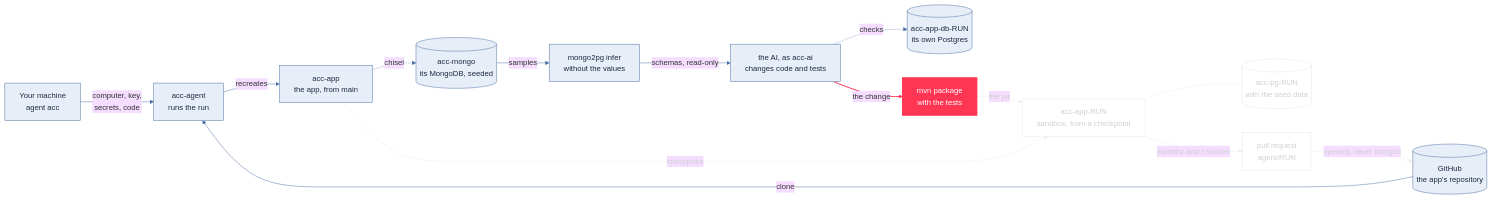
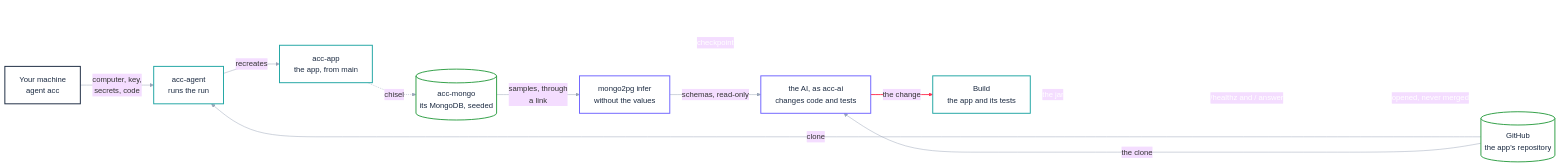
Before and after one commit to bertrandcedric/nevia-agent: diagram 14 of 17 in docs/presentation.md, drawn with Mermaid (base theme). The commit also changed other lines of this file and 7 other files, not shown here.

````diff
--- a/docs/presentation.md
+++ b/docs/presentation.md
@@ -643,47 +937,51 @@
 ```mermaid
 flowchart LR
     you["Your machine<br/>agent acc"]
     agent["acc-agent<br/>runs the run"]
     gh[("GitHub<br/>the app's repository")]
     app["acc-app<br/>the app, from main"]
     mongo[("acc-mongo<br/>its MongoDB, seeded")]
     infer["mongo2pg infer<br/>without the values"]
     ai["the AI, as acc-ai<br/>changes code and tests"]
-    dev[("acc-app-db-RUN<br/>its own Postgres")]
-    build["mvn package<br/>with the tests"]
+    build["Build<br/>the app and its tests"]
     sb["acc-app-RUN<br/>sandbox, from a checkpoint"]
-    sbdb[("acc-pg-RUN<br/>with the seed data")]
-    pr["pull request<br/>agent/RUN"]
+    sbdb[("acc-pg-RUN<br/>the AI's postgres-init")]
+    pr["pull request<br/>from agent/RUN"]
     you -->|"computer, key,<br/>secrets, code"| agent
     gh -->|"clone"| agent
     agent -->|"recreates"| app
     app -.->|"chisel"| mongo
-    mongo -->|"samples"| infer
+    mongo -->|"samples, through<br/>a link"| infer
     infer -->|"schemas, read-only"| ai
-    ai -.->|"checks"| dev
+    gh -->|"the clone"| ai
     ai -->|"the change"| build
     app -->|"checkpoint"| sb
     build -->|"the jar"| sb
     sb --- sbdb
     sb -->|"/healthz and / answer"| pr
     pr -->|"opened, never merged"| gh
-    classDef now fill:#ff3554,stroke:#ff3554,color:#fff,stroke-width:2px
-    classDef done fill:#e8eef7,stroke:#4a6fa5,color:#1b2a41
-    classDef todo fill:#fff,stroke:#e6e6e6,color:#d0d0d0
-    class build now
-    class you,agent,gh,app,mongo,infer,ai,dev done
+    classDef kyou fill:#fff,stroke:#1b2a41,color:#1b2a41,stroke-width:2px
+    classDef kcomputer fill:#fff,stroke:#1fa5a3,color:#1b2a41,stroke-width:2px
+    classDef kdb fill:#fff,stroke:#2e9e44,color:#1b2a41,stroke-width:2px
+    classDef kai fill:#fff,stroke:#6f64ff,color:#1b2a41,stroke-width:2px
+    classDef kresult fill:#fff,stroke:#e8833a,color:#1b2a41,stroke-width:2px
+    classDef todo fill:#fff,stroke:#fff,color:#fff
+    class you kyou
+    class agent,app,build kcomputer
+    class gh,mongo kdb
+    class infer,ai kai
     class sb,sbdb,pr todo
-    linkStyle 0 stroke:#4a6fa5
-    linkStyle 1 stroke:#4a6fa5
-    linkStyle 2 stroke:#4a6fa5
-    linkStyle 3 stroke:#4a6fa5
-    linkStyle 4 stroke:#4a6fa5
-    linkStyle 5 stroke:#4a6fa5
-    linkStyle 6 stroke:#4a6fa5
+    linkStyle 0 stroke:#9aa5b8
+    linkStyle 1 stroke:#9aa5b8
+    linkStyle 2 stroke:#9aa5b8
+    linkStyle 3 stroke:#9aa5b8
+    linkStyle 4 stroke:#9aa5b8
+    linkStyle 5 stroke:#9aa5b8
+    linkStyle 6 stroke:#9aa5b8
     linkStyle 7 stroke:#ff3554,stroke-width:2px
-    linkStyle 8 stroke:#eeeeee,color:#d0d0d0
-    linkStyle 9 stroke:#eeeeee,color:#d0d0d0
-    linkStyle 10 stroke:#eeeeee,color:#d0d0d0
-    linkStyle 11 stroke:#eeeeee,color:#d0d0d0
-    linkStyle 12 stroke:#eeeeee,color:#d0d0d0
+    linkStyle 8 stroke:#fff,color:#fff
+    linkStyle 9 stroke:#fff,color:#fff
+    linkStyle 10 stroke:#fff,color:#fff
+    linkStyle 11 stroke:#fff,color:#fff
+    linkStyle 12 stroke:#fff,color:#fff
 ```
````
